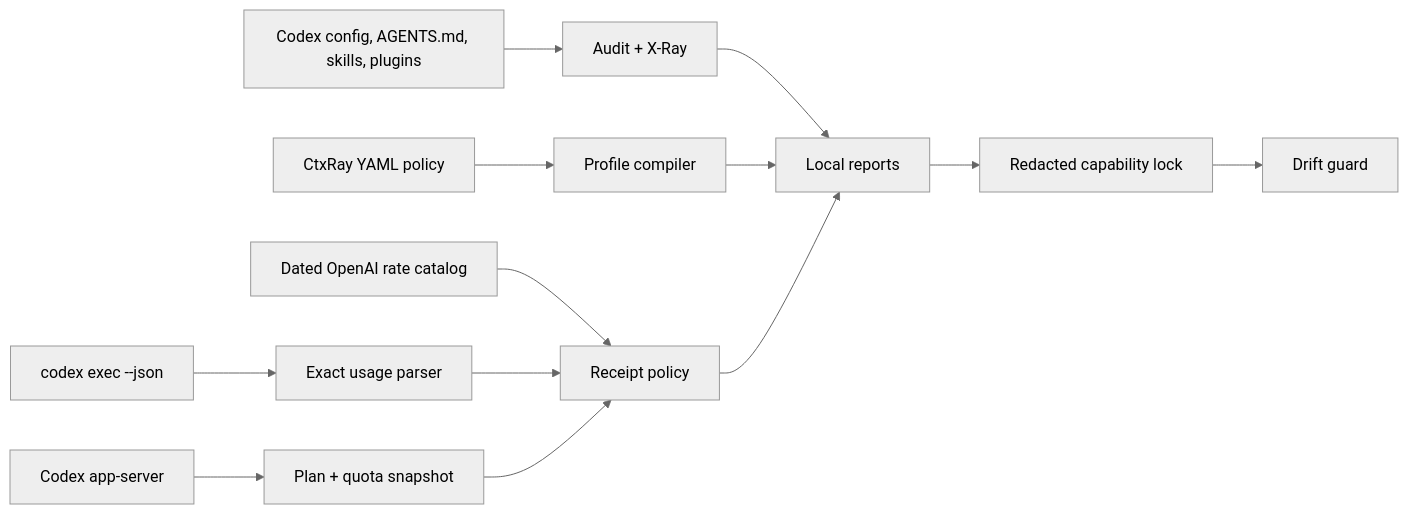
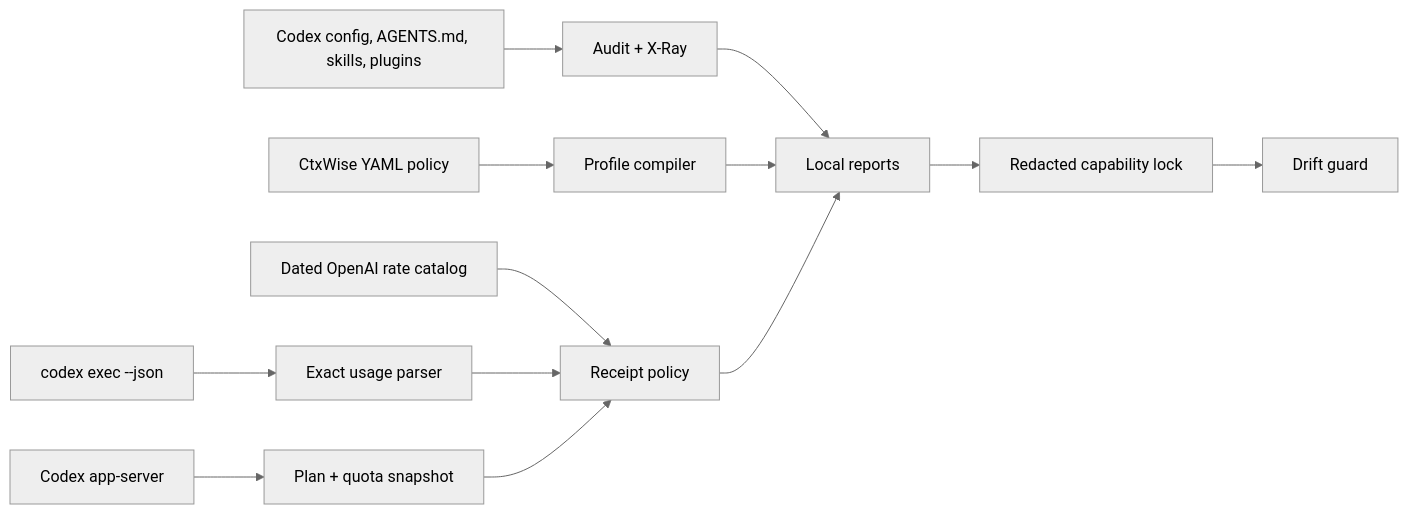
The diagram in README.md (FramY2/ctxray), drawn with Mermaid (neutral theme) before and after one commit. The commit also changed other lines of this file and 85 other files, not shown here.

First line of the commit message:
release: rename CtxRay to CtxWise v0.3.0

````diff
--- a/README.md
+++ b/README.md
@@ -268,15 +273,15 @@
 ```mermaid
 flowchart LR
   A["Codex config, AGENTS.md, skills, plugins"] --> B["Audit + X-Ray"]
-  P["CtxRay YAML policy"] --> C["Profile compiler"]
+  P["CtxWise YAML policy"] --> C["Profile compiler"]
   J["codex exec --json"] --> D["Exact usage parser"]
   S["Codex app-server"] --> E["Plan + quota snapshot"]
   R["Dated OpenAI rate catalog"] --> F["Receipt policy"]
   D --> F
   E --> F
   B --> O["Local reports"]
   C --> O
   F --> O
   O --> L["Redacted capability lock"]
   L --> G["Drift guard"]
 ```
````
